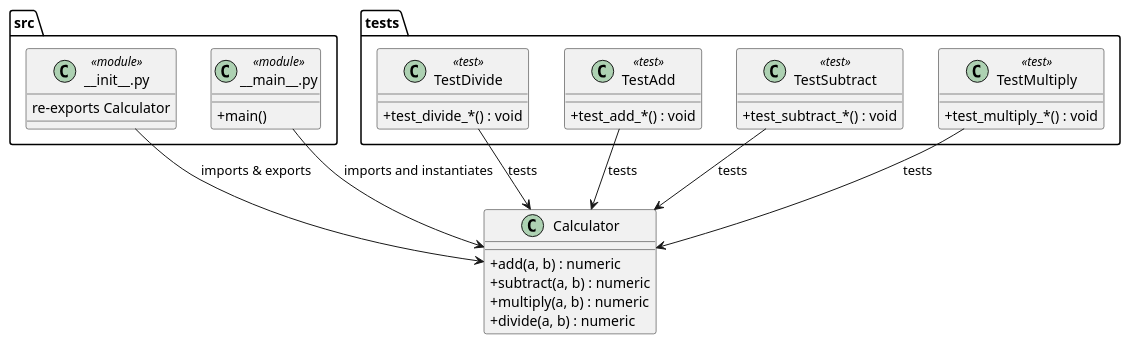
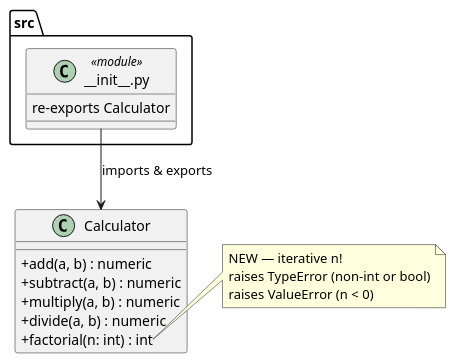
Before and after one commit to DanielRiha8906/Calculator_bachelor_autoevolution_team: the diagram in artifacts/class_calculator.puml, drawn with PlantUML. The commit also changed 3 other files, not shown here.

Commit message:
docs: add UML diagrams for factorial operation

```diff
--- a/artifacts/class_calculator.puml
+++ b/artifacts/class_calculator.puml
@@ -1,43 +1,27 @@
 @startuml class_calculator
 
 skinparam classAttributeIconSize 0
 
 class Calculator {
     +add(a, b) : numeric
     +subtract(a, b) : numeric
     +multiply(a, b) : numeric
     +divide(a, b) : numeric
+    +factorial(n: int) : int
 }
+
+note right of Calculator::factorial
+  NEW — iterative n!
+  raises TypeError (non-int or bool)
+  raises ValueError (n < 0)
+end note
 
 package "src" {
     class "__init__.py" as Init <<module>> {
         re-exports Calculator
     }
-    class "__main__.py" as Main <<module>> {
-        +main()
-    }
-}
-
-package "tests" {
-    class TestDivide <<test>> {
-        +test_divide_*() : void
-    }
-    class TestAdd <<test>> {
-        +test_add_*() : void
-    }
-    class TestSubtract <<test>> {
-        +test_subtract_*() : void
-    }
-    class TestMultiply <<test>> {
-        +test_multiply_*() : void
-    }
 }
 
 Init --> Calculator : imports & exports
-Main --> Calculator : imports and instantiates
-TestDivide --> Calculator : tests
-TestAdd --> Calculator : tests
-TestSubtract --> Calculator : tests
-TestMultiply --> Calculator : tests
 
 @enduml
```
